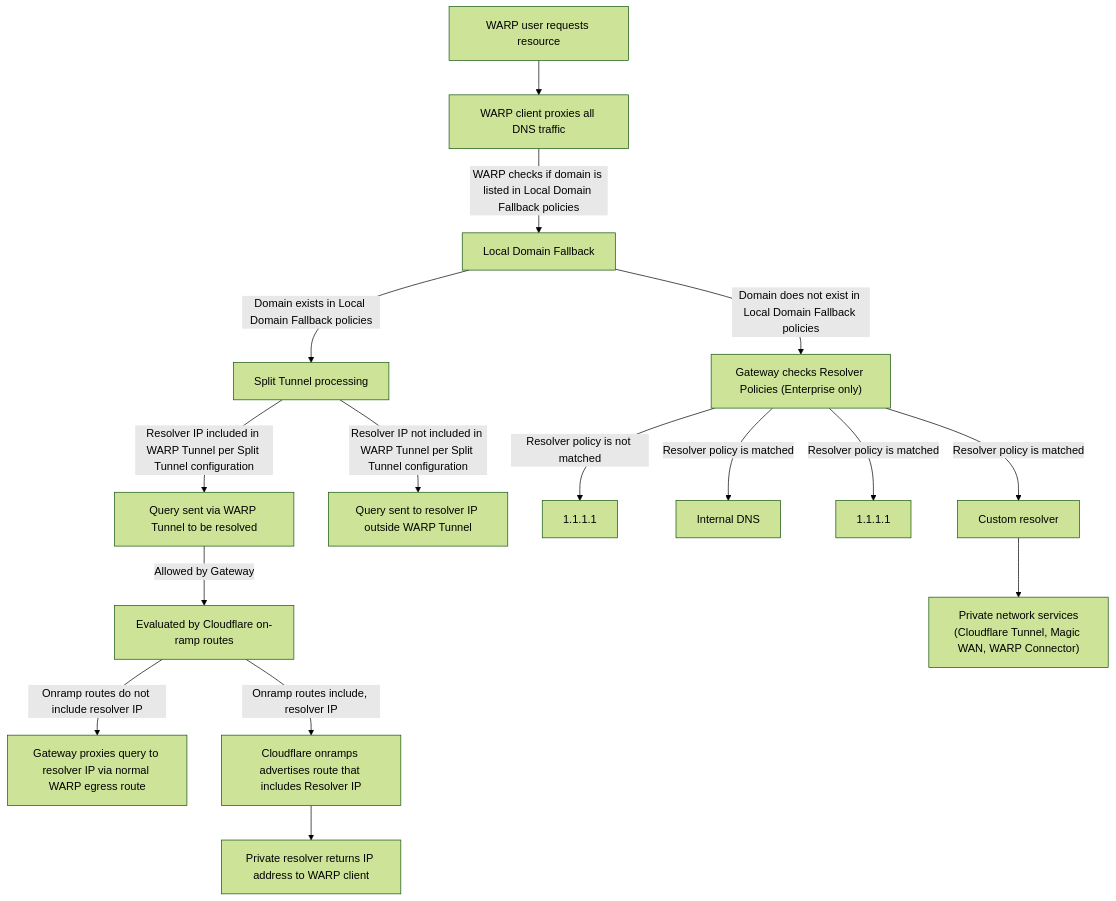
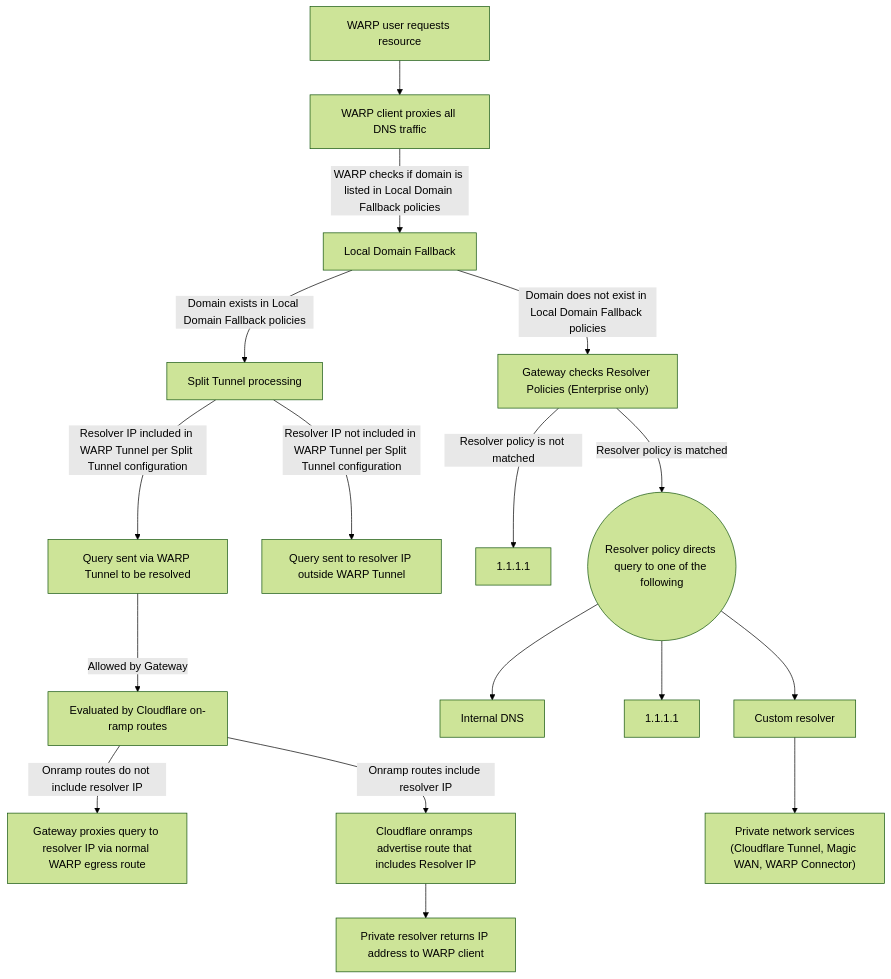
The diagram in src/content/docs/cloudflare-one/connections/connect-devices/warp/configure-warp/route-traffic/index.mdx (cloudflare/cloudflare-docs), drawn with Mermaid (forest theme) before and after one commit.

Commit message:
[CF1] WARP routing table aesthetic fix

````diff
--- a/src/content/docs/cloudflare-one/connections/connect-devices/warp/configure-warp/route-traffic/index.mdx
+++ b/src/content/docs/cloudflare-one/connections/connect-devices/warp/configure-warp/route-traffic/index.mdx
@@ -30,26 +30,27 @@
 ```mermaid
 flowchart TD
     A["WARP user requests resource"] --> B["WARP client proxies all DNS traffic"]
     B -- WARP checks if domain is listed in Local Domain Fallback policies --> C["Local Domain Fallback"]
 
     %% Left branch (LDF exists)
     C -- Domain exists in Local Domain Fallback policies --> ST["Split Tunnel processing"]
 
     ST -- Resolver IP included in WARP Tunnel per Split Tunnel configuration --> QW["Query sent via WARP Tunnel to be resolved"]
     ST -- Resolver IP not included in WARP Tunnel per Split Tunnel configuration --> QO["Query sent to resolver IP outside WARP Tunnel"]
 
     QW -- Allowed by Gateway --> OR["Evaluated by Cloudflare on-ramp routes"]
     OR -- Onramp routes do not include resolver IP --> GP["Gateway proxies query to resolver IP via normal WARP egress route"]
-    OR -- Onramp routes include, resolver IP --> ADV["Cloudflare onramps advertises route that includes Resolver IP"]
+    OR -- Onramp routes include resolver IP --> ADV["Cloudflare onramps advertise route that includes Resolver IP"]
     ADV --> PR["Private resolver returns IP address to WARP client"]
 
     %% Right branch (no LDF match)
     C -- Domain does not exist in Local Domain Fallback policies --> GWR["Gateway checks Resolver Policies (Enterprise only)"]
 
     GWR -- Resolver policy is not matched --> C1111a["1.1.1.1"]
 
-    GWR -- Resolver policy is matched --> IDNS["Internal DNS"]
-    GWR -- Resolver policy is matched --> C1111b["1.1.1.1"]
-    GWR -- Resolver policy is matched --> CUST["Custom resolver"]
+    GWR -- Resolver policy is matched --> MATCH((Resolver policy directs query to one of the following))
+    MATCH --> IDNS["Internal DNS"]
+    MATCH --> C1111b["1.1.1.1"]
+    MATCH --> CUST["Custom resolver"]
     CUST --> PNS["Private network services<br>(Cloudflare Tunnel, Magic WAN, WARP Connector)"]
 ```
````
